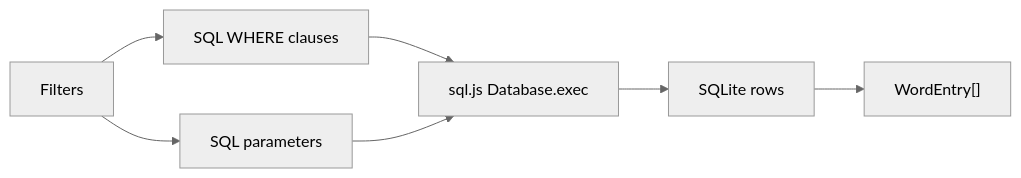
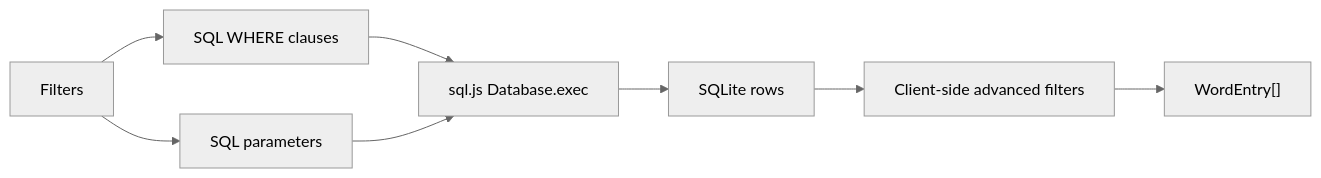
The fifth of 14 diagrams in docs/architecture.md (danysdragons/random-words), drawn with Mermaid (neutral theme) before and after one commit. The commit also changed other lines of this file and 7 other files, not shown here.

````diff
--- a/docs/architecture.md
+++ b/docs/architecture.md
@@ -253,16 +253,18 @@
 ```mermaid
 flowchart LR
   Filters["Filters"]
   SQLWhere["SQL WHERE clauses"]
   Params["SQL parameters"]
   SqlJs["sql.js Database.exec"]
   Rows["SQLite rows"]
+  Advanced["Client-side advanced filters"]
   WordEntries["WordEntry[]"]
 
   Filters --> SQLWhere
   Filters --> Params
   SQLWhere --> SqlJs
   Params --> SqlJs
   SqlJs --> Rows
-  Rows --> WordEntries
+  Rows --> Advanced
+  Advanced --> WordEntries
 ```
````
